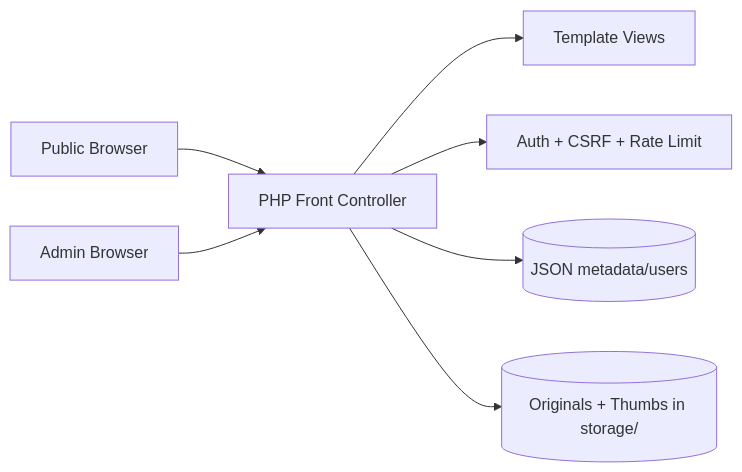
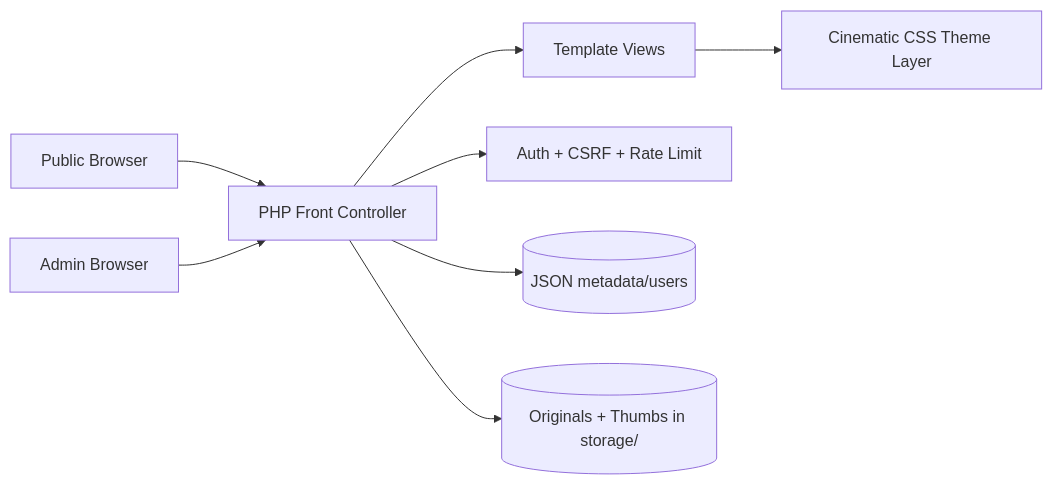
Before and after one commit to smeird/images: the third of 3 diagrams in README.md, drawn with Mermaid. The commit also changed other lines of this file and 4 other files, not shown here.

````diff
--- a/README.md
+++ b/README.md
@@ -131,9 +134,10 @@
 ```mermaid
 graph LR
   U[Public Browser] --> APP[PHP Front Controller]
   A[Admin Browser] --> APP
   APP --> VIEWS[Template Views]
+  VIEWS --> THEME[Cinematic CSS Theme Layer]
   APP --> SEC[Auth + CSRF + Rate Limit]
   APP --> DATA[(JSON metadata/users)]
   APP --> IMG[(Originals + Thumbs in storage/)]
 ```
````
